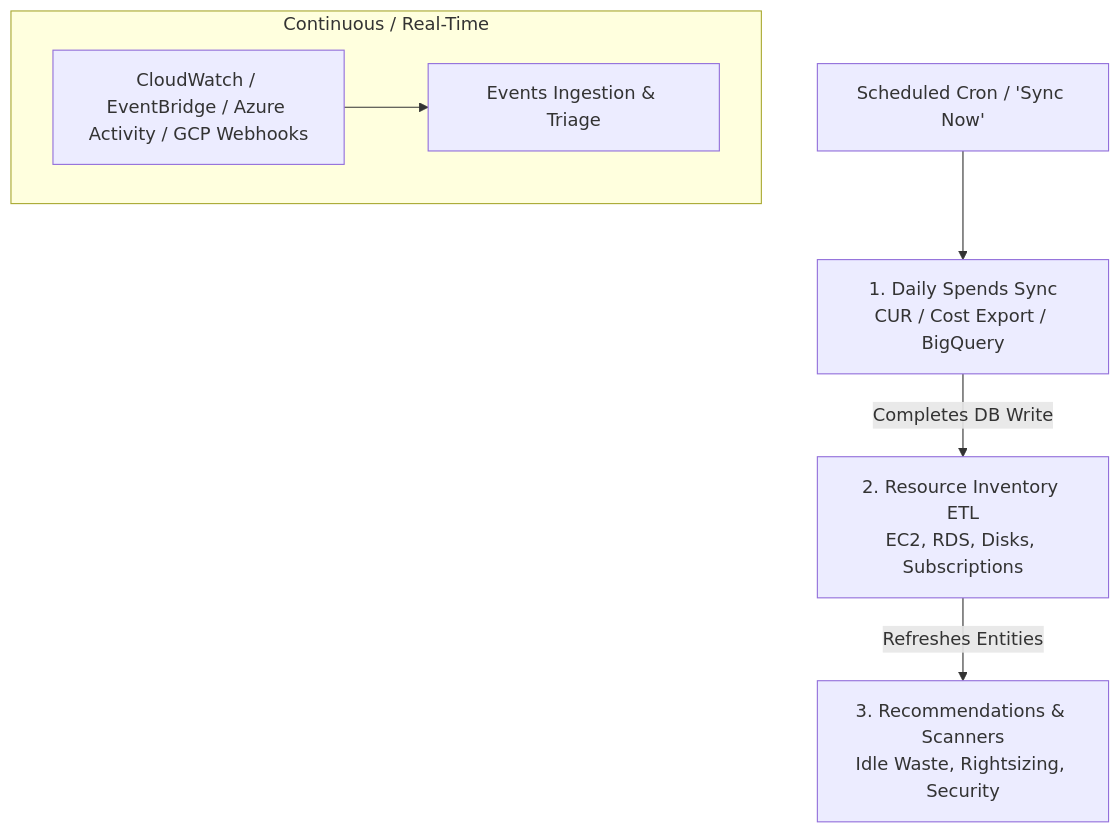
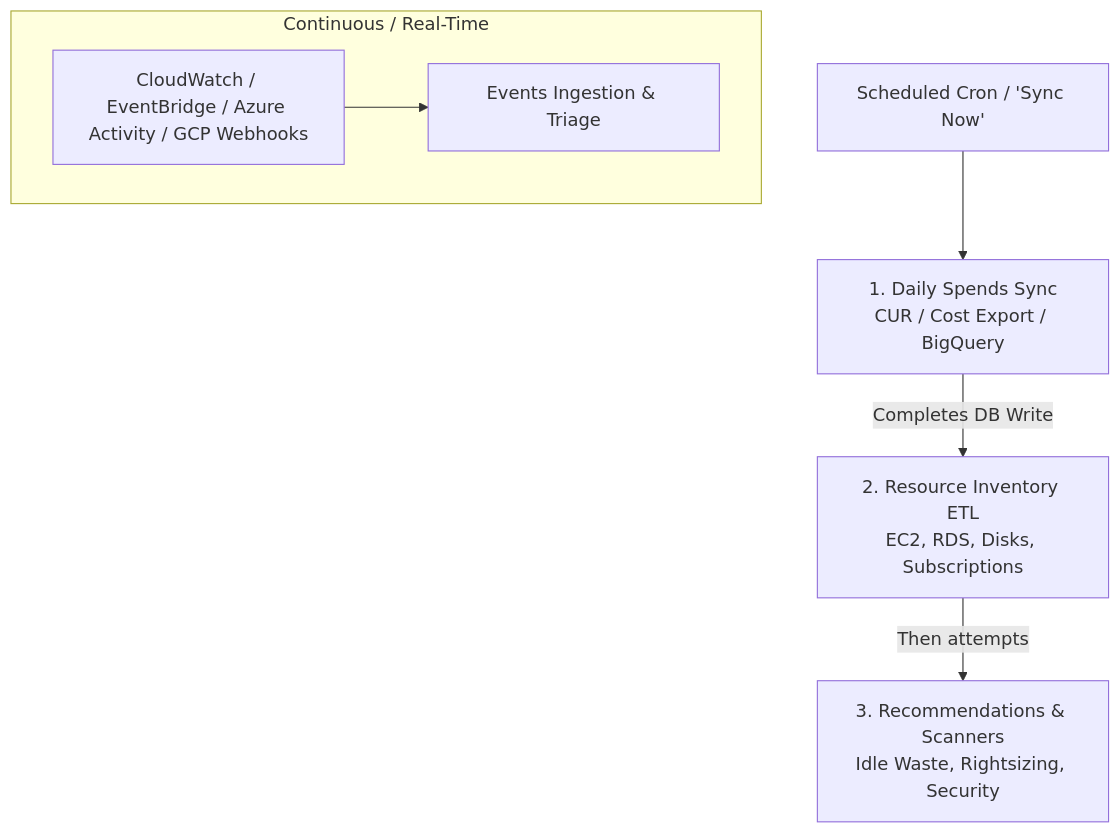
The diagram in doc-server/docs/features/Cloud/cloud-agent-sync.md (nudgebee/nudgebee-docs), drawn with Mermaid before and after one commit. The commit also changed other lines of this file and 28 other files, not shown here.

````diff
--- a/doc-server/docs/features/Cloud/cloud-agent-sync.md
+++ b/doc-server/docs/features/Cloud/cloud-agent-sync.md
@@ -22,10 +21,10 @@
 ```mermaid
 graph TD
     Trigger[Scheduled Cron / 'Sync Now'] --> S1[1. Daily Spends Sync<br/>CUR / Cost Export / BigQuery]
     S1 -->|Completes DB Write| S2[2. Resource Inventory ETL<br/>EC2, RDS, Disks, Subscriptions]
-    S2 -->|Refreshes Entities| S3[3. Recommendations & Scanners<br/>Idle Waste, Rightsizing, Security]
+    S2 -->|Then attempts| S3[3. Recommendations & Scanners<br/>Idle Waste, Rightsizing, Security]
 
     subgraph Event Stream [Continuous / Real-Time]
         E1[CloudWatch / EventBridge / Azure Activity / GCP Webhooks] --> E2[Events Ingestion & Triage]
     end
 ```
````
